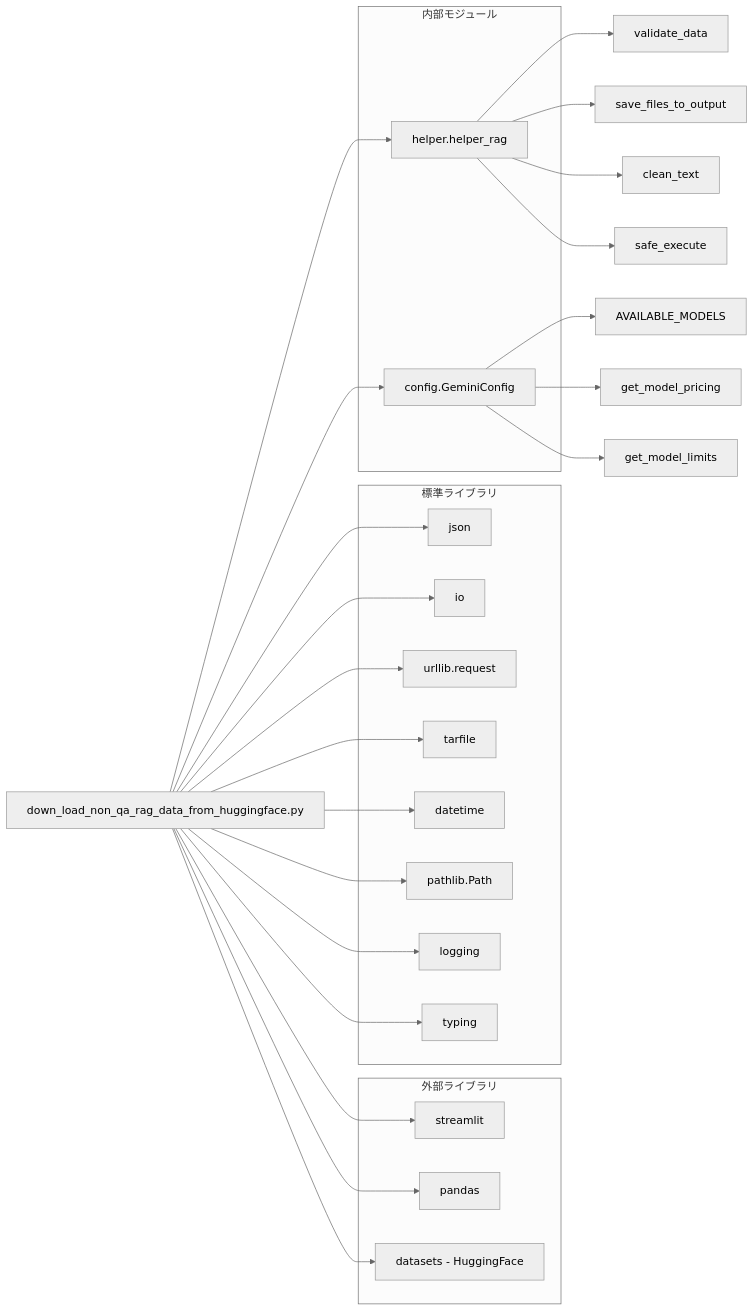
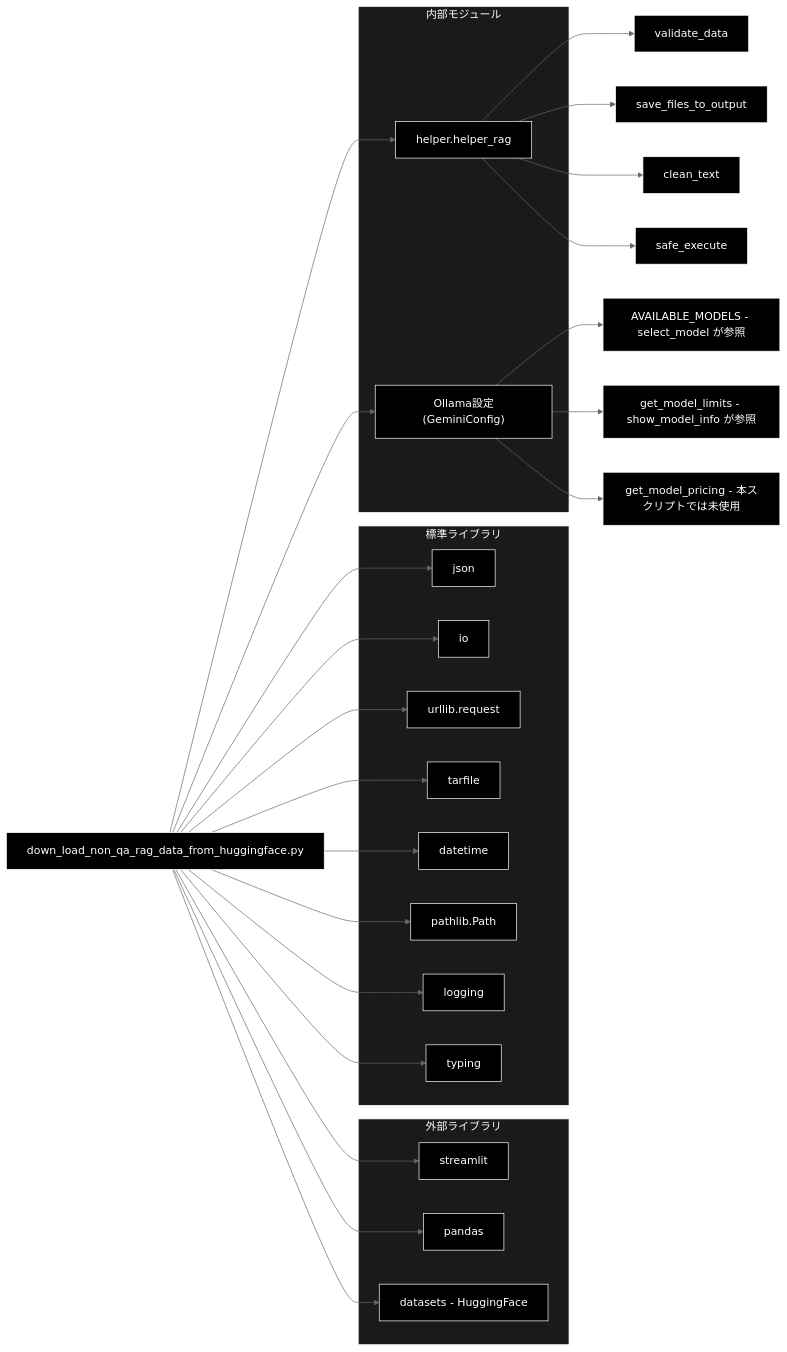
The third of 3 diagrams in down_load_non_qa_rag_data_from_huggingface.md (nakashima2toshio/ollama_grace_agent_v2), drawn with Mermaid (neutral theme) before and after one commit. The commit also changed other lines of this file and 1 other file, not shown here.

````diff
--- a/down_load_non_qa_rag_data_from_huggingface.md
+++ b/down_load_non_qa_rag_data_from_huggingface.md
@@ -858,48 +877,54 @@
 ```mermaid
 flowchart LR
     MODULE["down_load_non_qa_rag_data_from_huggingface.py"]
 
     subgraph EXT["外部ライブラリ"]
         ST[streamlit]
         PD[pandas]
         HF_DS["datasets - HuggingFace"]
     end
 
     subgraph STDLIB["標準ライブラリ"]
         JSON_LIB[json]
         IO_LIB[io]
         URL_LIB["urllib.request"]
         TAR_LIB[tarfile]
         DT_LIB[datetime]
         PATH_LIB["pathlib.Path"]
         LOG_LIB[logging]
         TYPING[typing]
     end
 
     subgraph INTERNAL["内部モジュール"]
         HELPER["helper.helper_rag"]
-        GEMINI_CFG["config.GeminiConfig"]
+        GEMINI_CFG["Ollama設定(GeminiConfig)"]
     end
 
     MODULE --> ST
     MODULE --> PD
     MODULE --> HF_DS
     MODULE --> JSON_LIB
     MODULE --> IO_LIB
     MODULE --> URL_LIB
     MODULE --> TAR_LIB
     MODULE --> DT_LIB
     MODULE --> PATH_LIB
     MODULE --> LOG_LIB
     MODULE --> TYPING
     MODULE --> HELPER
     MODULE --> GEMINI_CFG
 
     HELPER --> H1[validate_data]
     HELPER --> H2[save_files_to_output]
     HELPER --> H3[clean_text]
     HELPER --> H4[safe_execute]
-    GEMINI_CFG --> G1[AVAILABLE_MODELS]
-    GEMINI_CFG --> G2[get_model_pricing]
-    GEMINI_CFG --> G3[get_model_limits]
+    GEMINI_CFG --> G1["AVAILABLE_MODELS - select_model が参照"]
+    GEMINI_CFG --> G3["get_model_limits - show_model_info が参照"]
+    GEMINI_CFG --> G2["get_model_pricing - 本スクリプトでは未使用"]
+classDef default fill:#000,stroke:#fff,color:#fff
+classDef subgraphStyle fill:#1a1a1a,stroke:#fff,color:#fff
+class MODULE,ST,PD,HF_DS,JSON_LIB,IO_LIB,URL_LIB,TAR_LIB,DT_LIB,PATH_LIB,LOG_LIB,TYPING,HELPER,GEMINI_CFG,H1,H2,H3,H4,G1,G2,G3 default
+style EXT fill:#1a1a1a,stroke:#fff,color:#fff
+style STDLIB fill:#1a1a1a,stroke:#fff,color:#fff
+style INTERNAL fill:#1a1a1a,stroke:#fff,color:#fff
 ```
````
